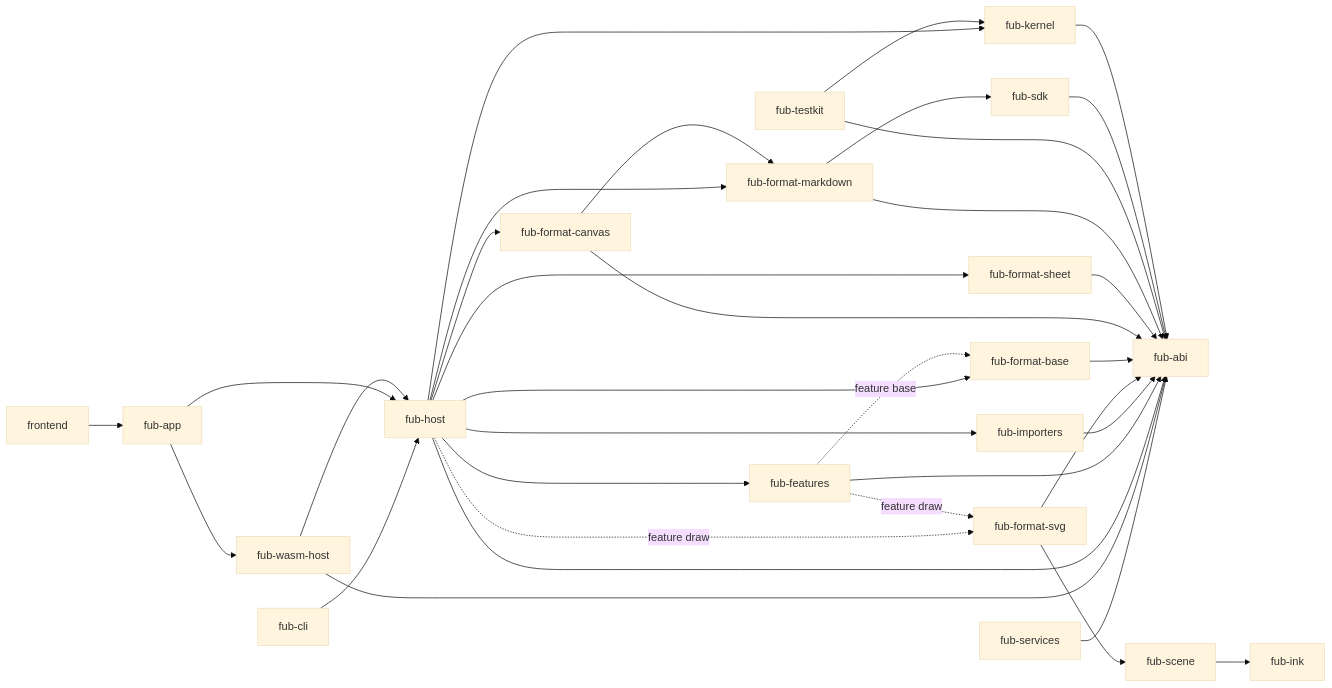
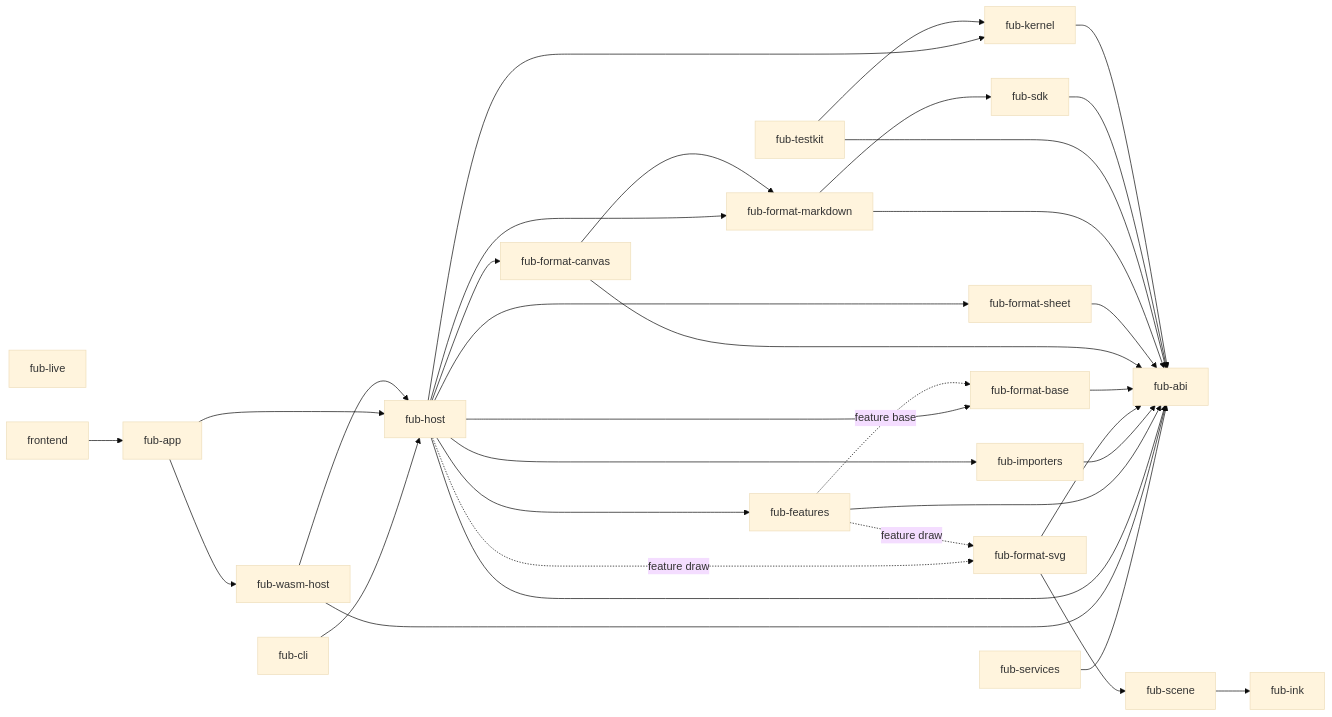
The diagram in docs/architecture/components-and-boundaries.md (Fubeo/Fub), drawn with Mermaid (base theme) before and after one commit. The commit also changed other lines of this file and 16 other files, not shown here.

````diff
--- a/docs/architecture/components-and-boundaries.md
+++ b/docs/architecture/components-and-boundaries.md
@@ -9,38 +9,39 @@
 ```mermaid
 flowchart LR
     ABI["fub-abi"]
     KERNEL["fub-kernel"] --> ABI
     SDK["fub-sdk"] --> ABI
     TESTKIT["fub-testkit"] --> KERNEL
     TESTKIT --> ABI
     MARKDOWN["fub-format-markdown"] --> ABI
     MARKDOWN --> SDK
     SHEET["fub-format-sheet"] --> ABI
     CANVAS["fub-format-canvas"] --> ABI
     CANVAS --> MARKDOWN
     BASE["fub-format-base"] --> ABI
     INK["fub-ink"]
     SCENE["fub-scene"] --> INK
     SVG["fub-format-svg"] --> ABI
     SVG --> SCENE
     IMPORTERS["fub-importers"] --> ABI
     FEATURES["fub-features"] --> ABI
     FEATURES -. "feature base" .-> BASE
     FEATURES -. "feature draw" .-> SVG
     HOST["fub-host"] --> KERNEL
     HOST --> ABI
     HOST --> FEATURES
     HOST --> MARKDOWN
     HOST --> SHEET
     HOST --> CANVAS
     HOST --> BASE
     HOST -. "feature draw" .-> SVG
     HOST --> IMPORTERS
     WASM["fub-wasm-host"] --> ABI
     WASM --> HOST
     APP["fub-app"] --> HOST
     APP --> WASM
     CLI["fub-cli"] --> HOST
     SERVICES["fub-services"] --> ABI
+    LIVE["fub-live"]
     FRONTEND["frontend"] --> APP
 ```
````
